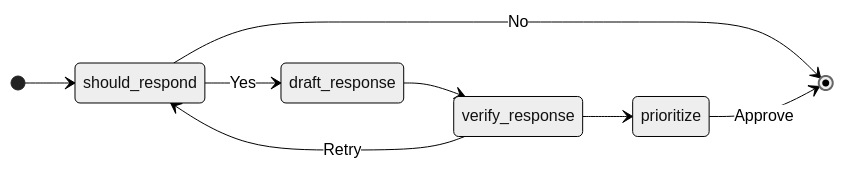
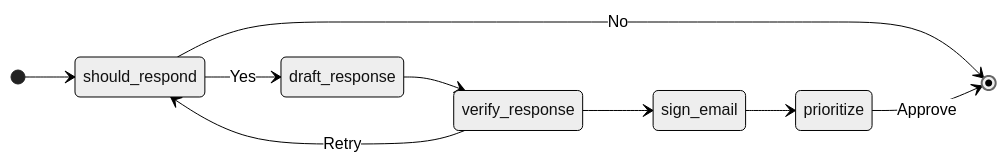
Before and after one commit to alex-osman/tatbot: the diagram in README.md, drawn with Mermaid (neutral theme). The commit also changed other lines of this file and 11 other files, not shown here.

````diff
--- a/README.md
+++ b/README.md
@@ -9,11 +9,12 @@
 ```mermaid
 stateDiagram
     direction lr
     [*] --> should_respond
     should_respond --> draft_response : Yes
     should_respond --> [*] : No
     draft_response --> verify_response
     verify_response --> should_respond : Retry
-    verify_response --> prioritize
+    verify_response --> sign_email
+    sign_email --> prioritize
     prioritize --> [*] : Approve
 ```
````
